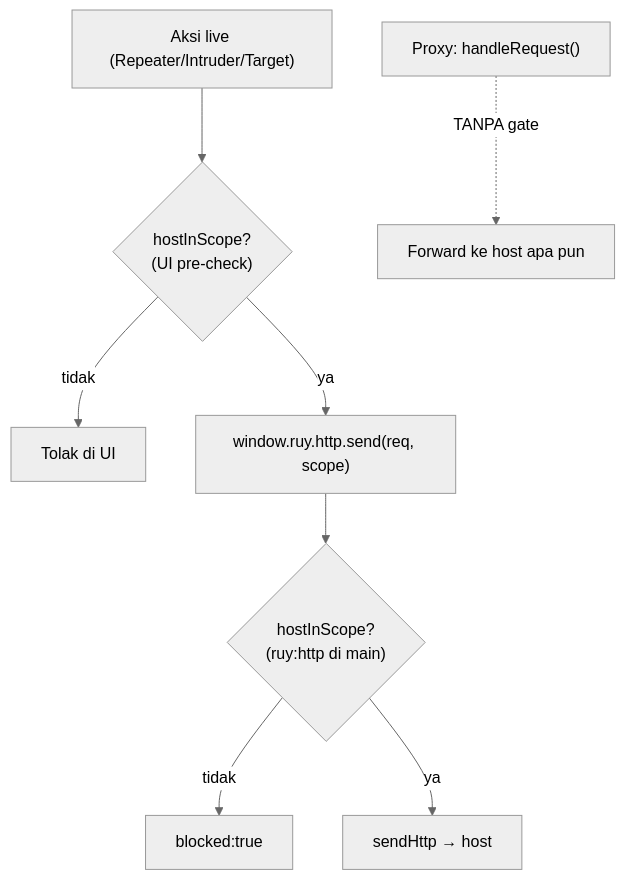
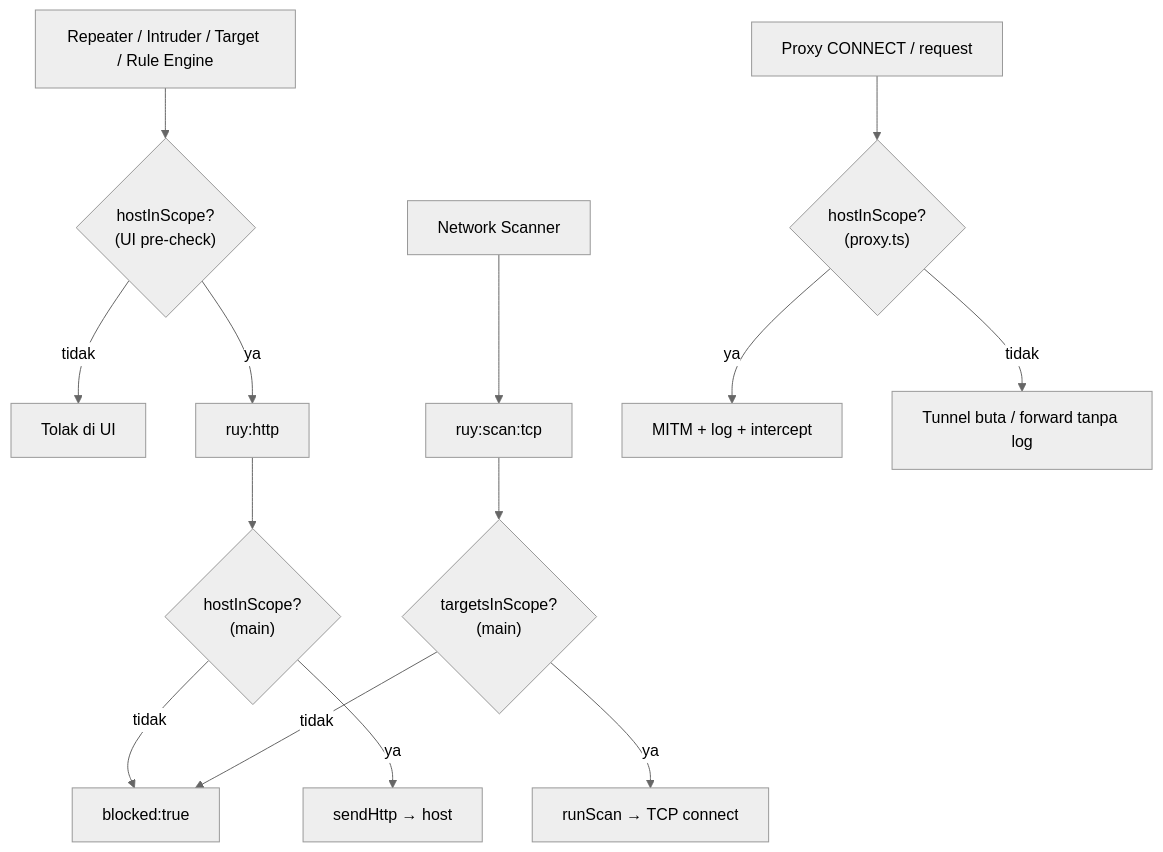
The diagram in docs/011_scope-gate.md (AlatBekam/Interu), drawn with Mermaid (neutral theme) before and after one commit. The commit also changed other lines of this file and 19 other files, not shown here.

````diff
--- a/docs/011_scope-gate.md
+++ b/docs/011_scope-gate.md
@@ -34,10 +55,16 @@
 ```mermaid
 flowchart TD
-  A["Aksi live (Repeater/Intruder/Target)"] --> B{"hostInScope?\n(UI pre-check)"}
+  A["Repeater / Intruder / Target / Rule Engine"] --> B{"hostInScope?\n(UI pre-check)"}
   B -- "tidak" --> X["Tolak di UI"]
-  B -- "ya" --> C["window.ruy.http.send(req, scope)"]
-  C --> D{"hostInScope?\n(ruy:http di main)"}
+  B -- "ya" --> C["ruy:http"]
+  C --> D{"hostInScope?\n(main)"}
   D -- "tidak" --> Y["blocked:true"]
   D -- "ya" --> E["sendHttp → host"]
-  F["Proxy: handleRequest()"] -.->|"TANPA gate"| G["Forward ke host apa pun"]
+  S["Network Scanner"] --> T["ruy:scan:tcp"]
+  T --> U{"targetsInScope?\n(main)"}
+  U -- "tidak" --> Y
+  U -- "ya" --> V["runScan → TCP connect"]
+  P["Proxy CONNECT / request"] --> Q{"hostInScope?\n(proxy.ts)"}
+  Q -- "ya" --> R["MITM + log + intercept"]
+  Q -- "tidak" --> W["Tunnel buta / forward tanpa log"]
 ```
````
